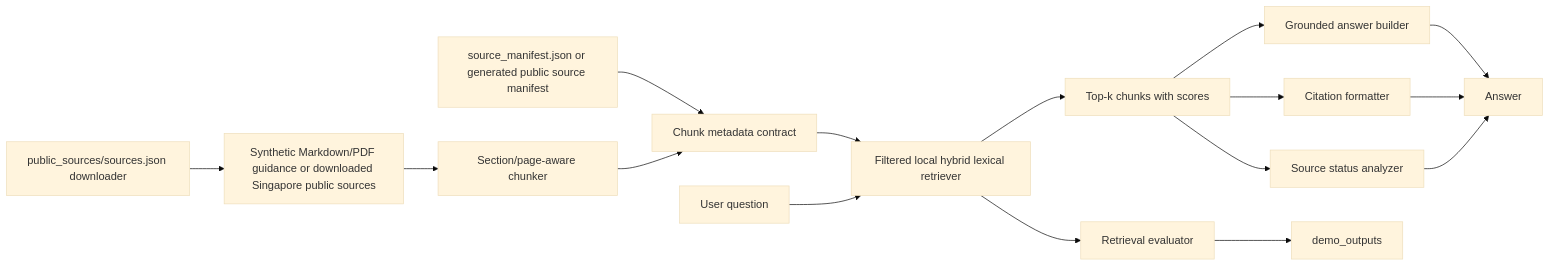
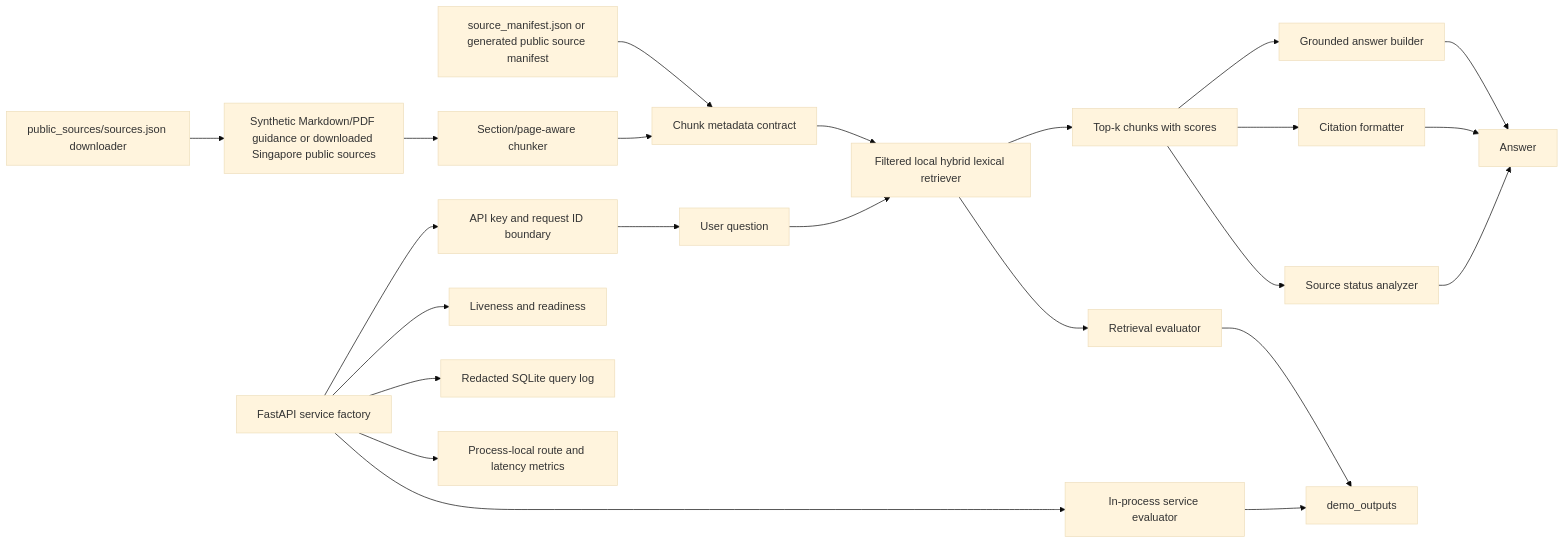
The diagram in projects/aec-code-compliance-rag/ARCHITECTURE.md (josiahsutd-stack/ai-portfolio), drawn with Mermaid (base theme) before and after one commit. The commit also changed other lines of this file and 26 other files, not shown here.

Commit message:
Harden flagship local service contract

````diff
--- a/projects/aec-code-compliance-rag/ARCHITECTURE.md
+++ b/projects/aec-code-compliance-rag/ARCHITECTURE.md
@@ -7,18 +7,25 @@
 ```mermaid
 flowchart LR
   A["Synthetic Markdown/PDF guidance or downloaded Singapore public sources"] --> B["Section/page-aware chunker"]
   S["public_sources/sources.json downloader"] --> A
   M["source_manifest.json or generated public source manifest"] --> C["Chunk metadata contract"]
   B --> C["Chunk metadata contract"]
   C --> D["Filtered local hybrid lexical retriever"]
   Q["User question"] --> D
   D --> E["Top-k chunks with scores"]
   E --> F["Grounded answer builder"]
   E --> G["Citation formatter"]
   E --> K["Source status analyzer"]
   F --> H["Answer"]
   G --> H
   K --> H
+  API["FastAPI service factory"] --> AUTH["API key and request ID boundary"]
+  AUTH --> Q
+  API --> LIVE["Liveness and readiness"]
+  API --> LOG["Redacted SQLite query log"]
+  API --> MET["Process-local route and latency metrics"]
   D --> I["Retrieval evaluator"]
   I --> J["demo_outputs"]
+  API --> SI["In-process service evaluator"]
+  SI --> J
 ```
````
